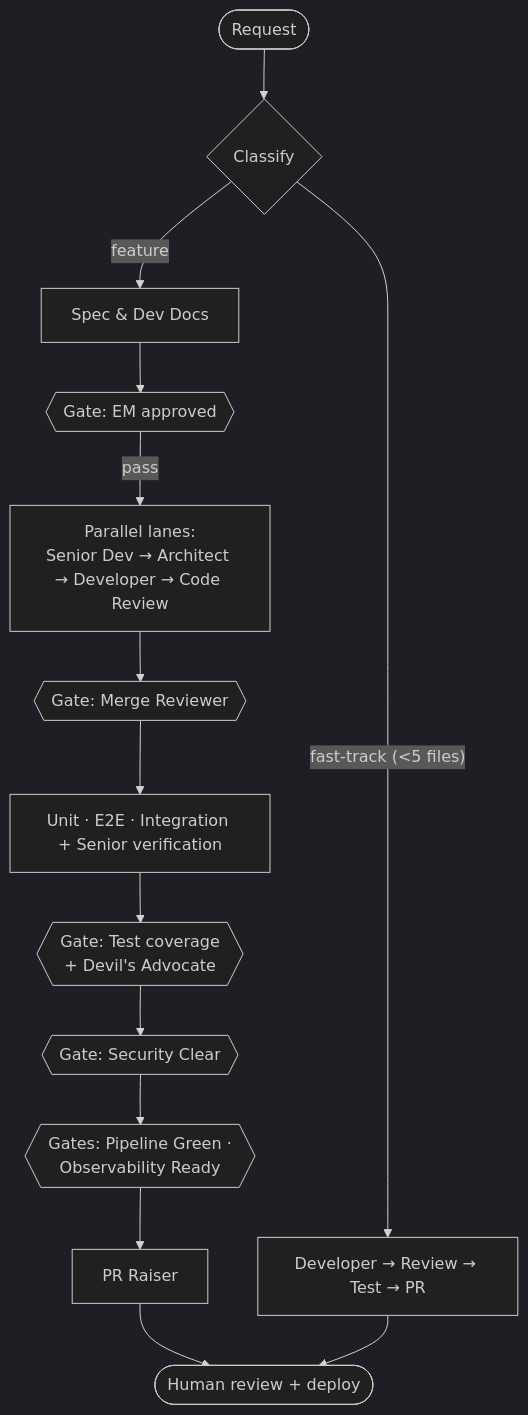
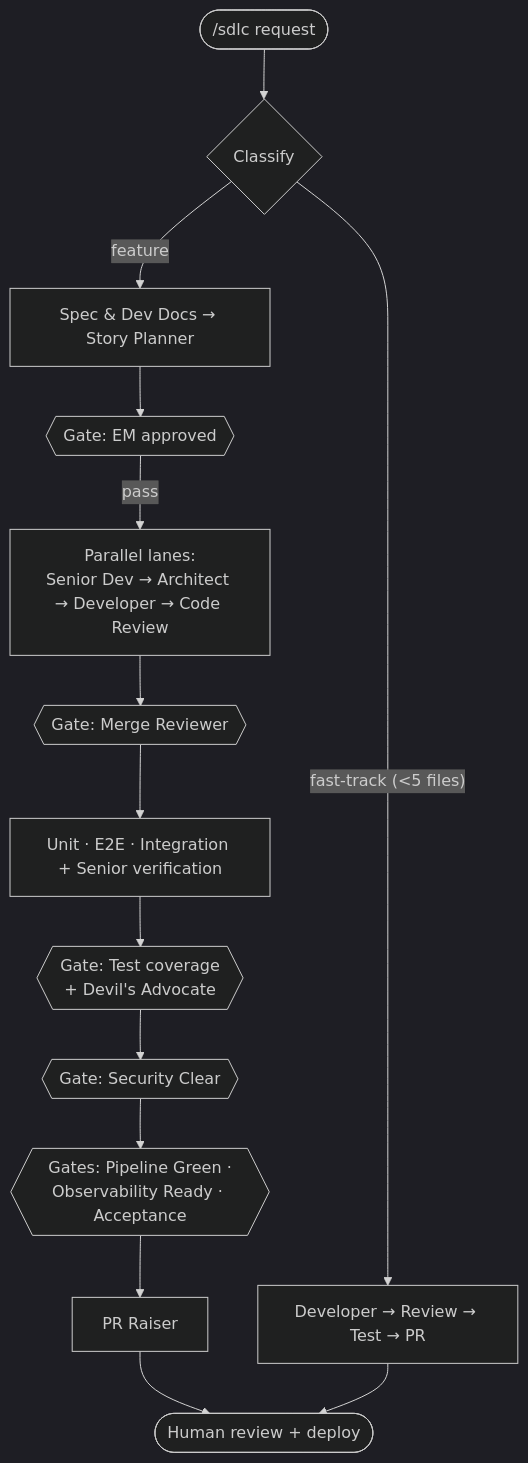
One commit to ajyadav013/claude-kit changed the second of 2 diagrams in README.md. Above: the diagram before and after it, drawn with Mermaid (dark theme). The commit also changed other lines of this file and 140 other files, not shown here.

````diff
--- a/README.md
+++ b/README.md
@@ -149,14 +157,14 @@
 ```mermaid
 flowchart TD
-    REQ(["Request"]) --> CLS{"Classify"}
-    CLS -->|"feature"| SPEC["Spec & Dev Docs"]
+    REQ(["/sdlc request"]) --> CLS{"Classify"}
+    CLS -->|"feature"| SPEC["Spec & Dev Docs → Story Planner"]
     SPEC --> EM{{"Gate: EM approved"}}
     EM -->|"pass"| LANES["Parallel lanes:<br/>Senior Dev → Architect → Developer → Code Review"]
     LANES --> MR{{"Gate: Merge Reviewer"}}
     MR --> TEST["Unit · E2E · Integration + Senior verification"]
     TEST --> TCG{{"Gate: Test coverage<br/>+ Devil's Advocate"}}
     TCG --> SEC{{"Gate: Security Clear"}}
-    SEC --> OPS{{"Gates: Pipeline Green ·<br/>Observability Ready"}}
+    SEC --> OPS{{"Gates: Pipeline Green ·<br/>Observability Ready · Acceptance"}}
     OPS --> PR["PR Raiser"] --> HUMAN(["Human review + deploy"])
     CLS -->|"fast-track (<5 files)"| FT["Developer → Review → Test → PR"] --> HUMAN
 ```
````
